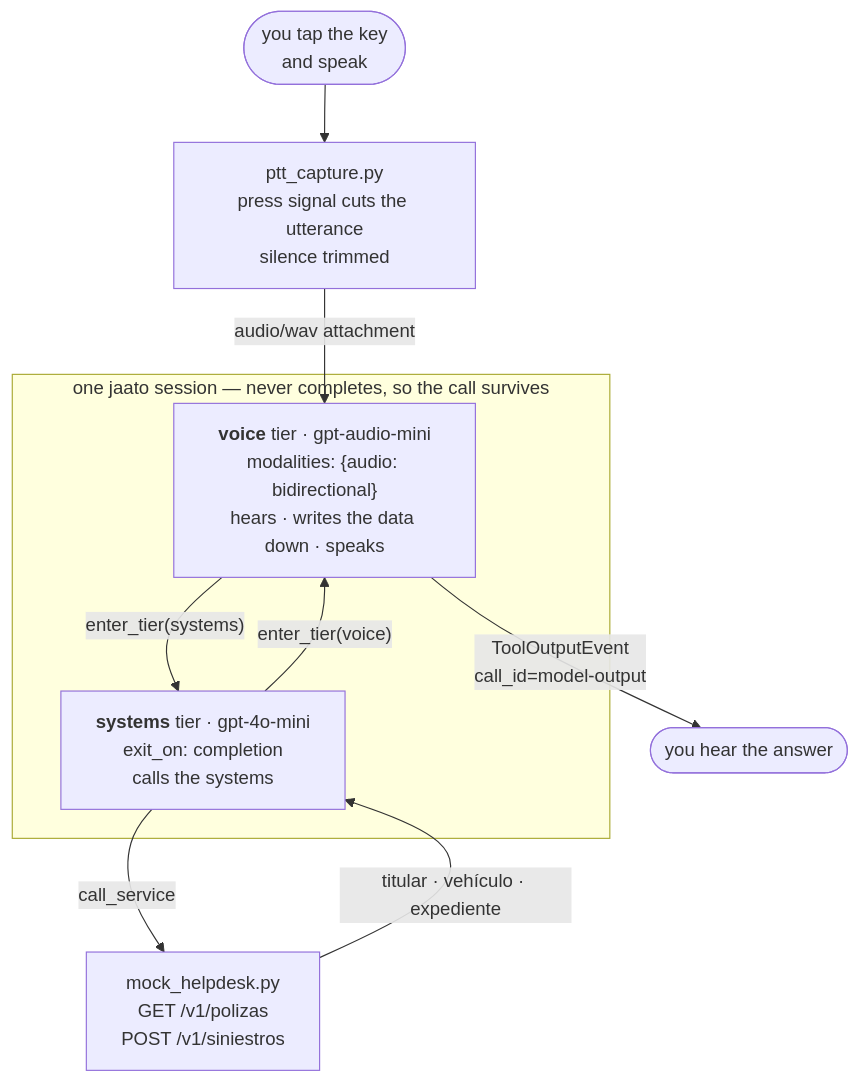
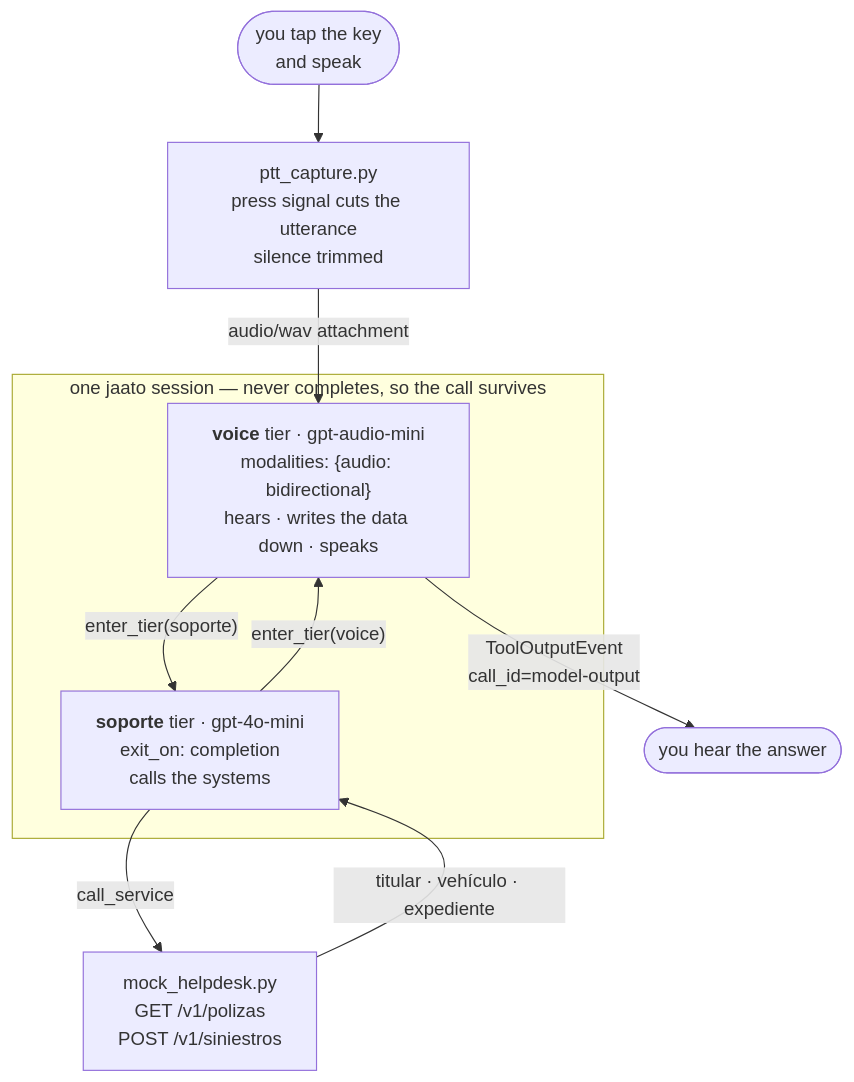
The first of 2 diagrams in README.md (Jaato-framework-and-examples/jaato-cascade-audio-interchange), drawn with Mermaid before and after one commit. The commit also changed other lines of this file and 2 other files, not shown here.

First line of the commit message:
refactor(helpdesk): the tier is `soporte`, and its description is Spanish too

````diff
--- a/README.md
+++ b/README.md
@@ -36,16 +36,16 @@
 ```mermaid
 flowchart TD
     P(["you tap the key<br/>and speak"]) --> C["ptt_capture.py<br/>press signal cuts the utterance<br/>silence trimmed"]
     C -- "audio/wav attachment" --> V
 
     subgraph session ["one jaato session — never completes, so the call survives"]
         V["<b>voice</b> tier · gpt-audio-mini<br/>modalities: {audio: bidirectional}<br/>hears · writes the data down · speaks"]
-        N["<b>systems</b> tier · gpt-4o-mini<br/>exit_on: completion<br/>calls the systems"]
-        V -- "enter_tier(systems)" --> N
+        N["<b>soporte</b> tier · gpt-4o-mini<br/>exit_on: completion<br/>calls the systems"]
+        V -- "enter_tier(soporte)" --> N
         N -- "enter_tier(voice)" --> V
     end
 
     N -- "call_service" --> M["mock_helpdesk.py<br/>GET /v1/polizas<br/>POST /v1/siniestros"]
     M -- "titular · vehículo · expediente" --> N
     V -- "ToolOutputEvent<br/>call_id=model-output" --> S(["you hear the answer"])
 ```
````
